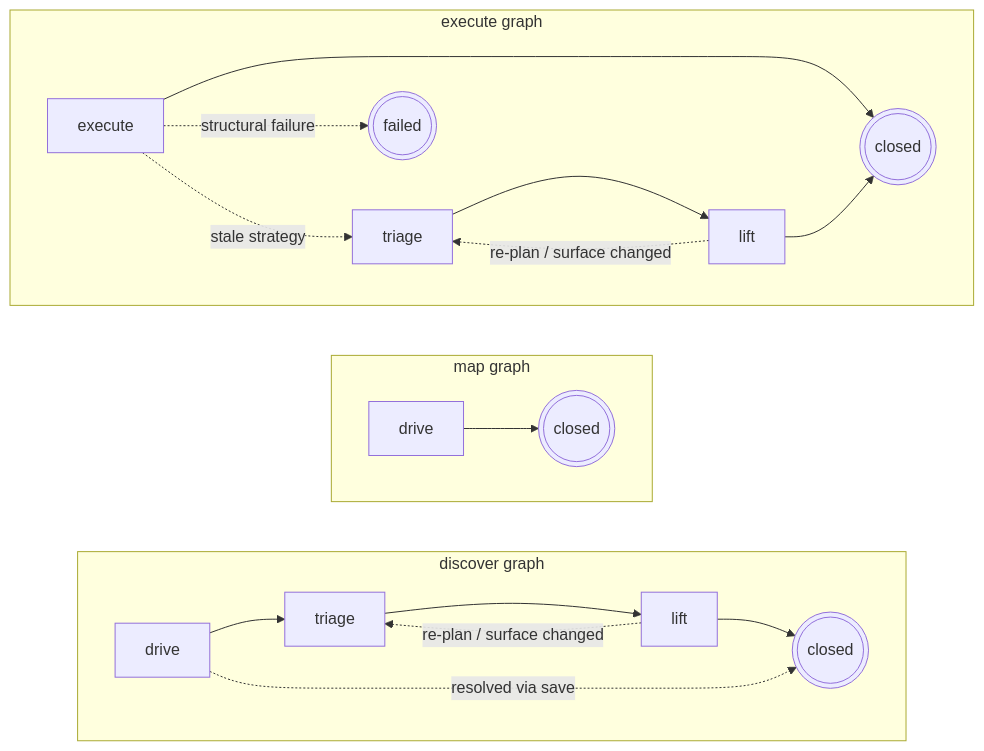
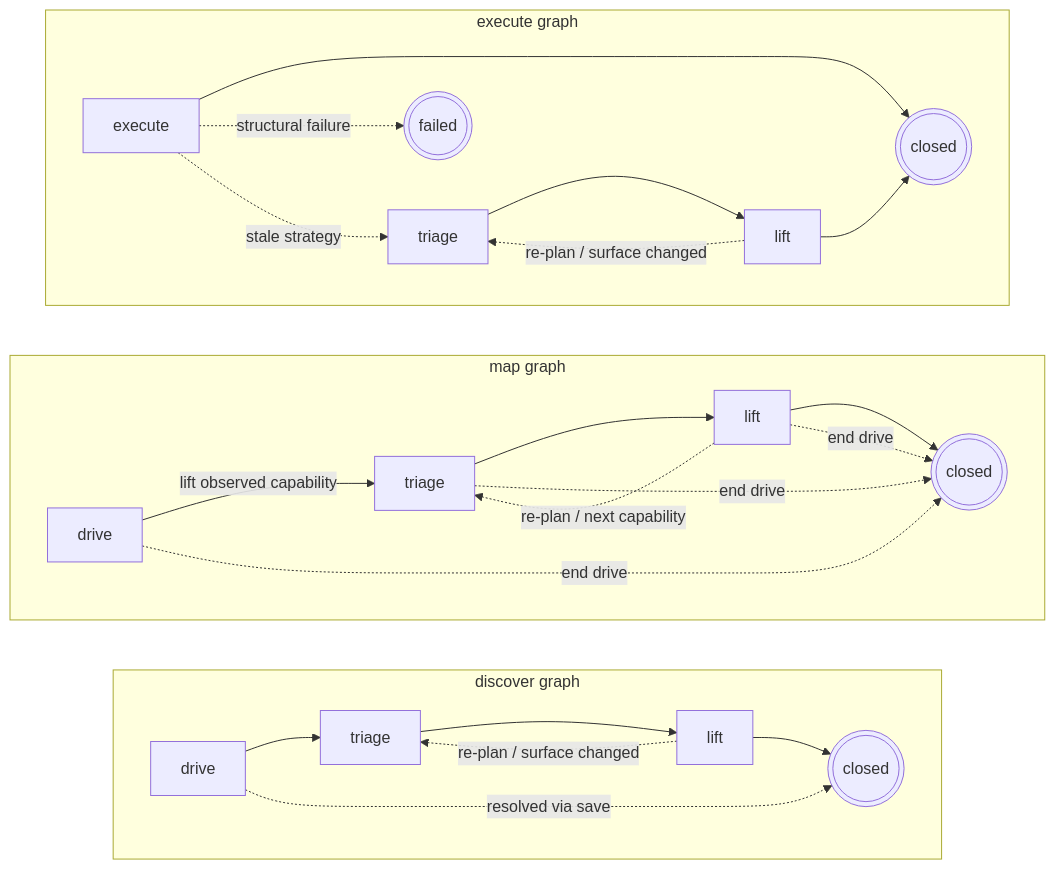
Before and after one commit to klura-ai/klura: the diagram in ARCHITECTURE.md, drawn with Mermaid. The commit also changed other lines of this file and 4 other files, not shown here.

Commit message:
Refresh strategy and session flow docs

````diff
--- a/ARCHITECTURE.md
+++ b/ARCHITECTURE.md
@@ -20,35 +20,43 @@
 ```mermaid
 flowchart LR
   subgraph D["discover graph"]
     direction LR
     D_drive[drive]
     D_triage[triage]
     D_lift[lift]
     D_close(((closed)))
     D_drive --> D_triage
     D_triage --> D_lift
     D_lift --> D_close
     D_drive -.->|resolved via save| D_close
     D_lift -.->|re-plan / surface changed| D_triage
   end
   subgraph M["map graph"]
     direction LR
     M_drive[drive]
+    M_triage[triage]
+    M_lift[lift]
     M_close(((closed)))
-    M_drive --> M_close
+    M_drive -->|lift observed capability| M_triage
+    M_triage --> M_lift
+    M_lift --> M_close
+    M_drive -.->|end drive| M_close
+    M_triage -.->|end drive| M_close
+    M_lift -.->|re-plan / next capability| M_triage
+    M_lift -.->|end drive| M_close
   end
   subgraph E["execute graph"]
     direction LR
     E_exec[execute]
     E_triage[triage]
     E_lift[lift]
     E_close(((closed)))
     E_fail(((failed)))
     E_exec --> E_close
     E_exec -.->|stale strategy| E_triage
     E_exec -.->|structural failure| E_fail
     E_triage --> E_lift
     E_lift --> E_close
     E_lift -.->|re-plan / surface changed| E_triage
   end
 ```
````
